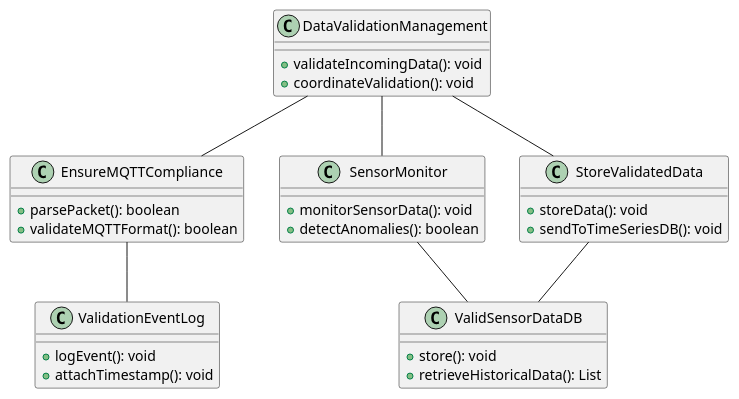
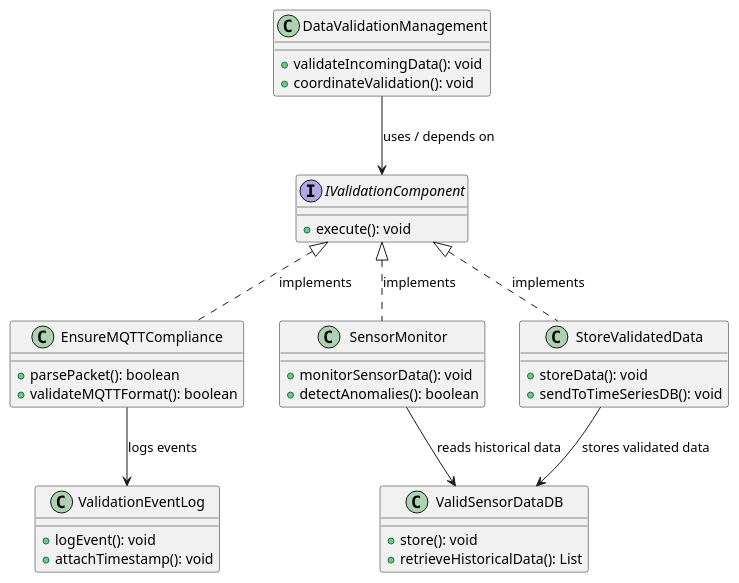
One commit to harmanpreet-sagar/SFWRENG-3A04-Group6-T01 changed the diagram in docs/diagrams/plantuml/class/Data_valid_mgmntClass.puml. Above: the diagram before and after it, drawn with PlantUML.

Commit message:
added an interface to class diagram

```diff
--- a/docs/diagrams/plantuml/class/Data_valid_mgmntClass.puml
+++ b/docs/diagrams/plantuml/class/Data_valid_mgmntClass.puml
@@ -1,44 +1,67 @@
 @startuml
+
+' ========================
+' Single Interface
+' ========================
+
+interface IValidationComponent {
+  + execute(): void
+}
+
+' ========================
+' Classes
+' ========================
 
 class DataValidationManagement {
   + validateIncomingData(): void
   + coordinateValidation(): void
 }
 
 class EnsureMQTTCompliance {
   + parsePacket(): boolean
   + validateMQTTFormat(): boolean
 }
 
 class SensorMonitor {
   + monitorSensorData(): void
   + detectAnomalies(): boolean
 }
 
 class StoreValidatedData {
   + storeData(): void
   + sendToTimeSeriesDB(): void
 }
 
 class ValidationEventLog {
   + logEvent(): void
   + attachTimestamp(): void
 }
 
 class ValidSensorDataDB {
   + store(): void
   + retrieveHistoricalData(): List
 }
 
-' Relationships (kept simple like your teammate’s)
+' ========================
+' Interface Implementation
+' ========================
 
-DataValidationManagement -- EnsureMQTTCompliance
-DataValidationManagement -- SensorMonitor
-DataValidationManagement -- StoreValidatedData
+IValidationComponent <|.. EnsureMQTTCompliance : implements
+IValidationComponent <|.. SensorMonitor : implements
+IValidationComponent <|.. StoreValidatedData : implements
 
-EnsureMQTTCompliance -- ValidationEventLog
+' ========================
+' Controller depends on interface
+' ========================
 
-SensorMonitor -- ValidSensorDataDB
-StoreValidatedData -- ValidSensorDataDB
+DataValidationManagement --> IValidationComponent : uses / depends on
+
+' ========================
+' Other relationships (labeled)
+' ========================
+
+EnsureMQTTCompliance --> ValidationEventLog : logs events
+SensorMonitor --> ValidSensorDataDB : reads historical data
+StoreValidatedData --> ValidSensorDataDB : stores validated data
 
 @enduml
```
